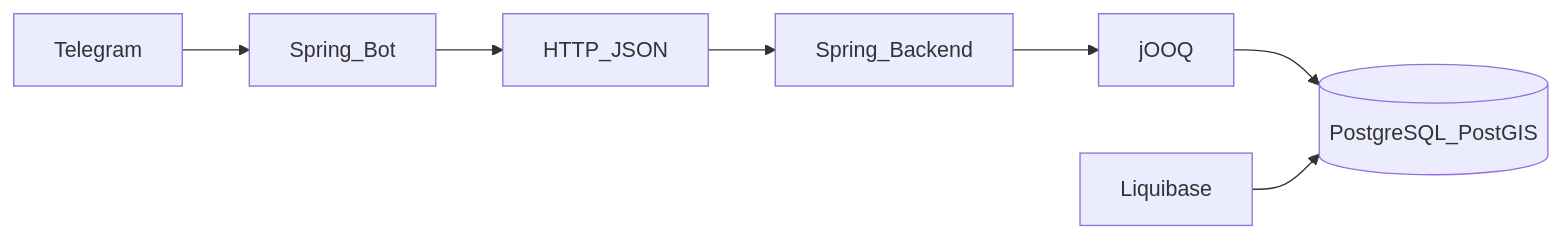
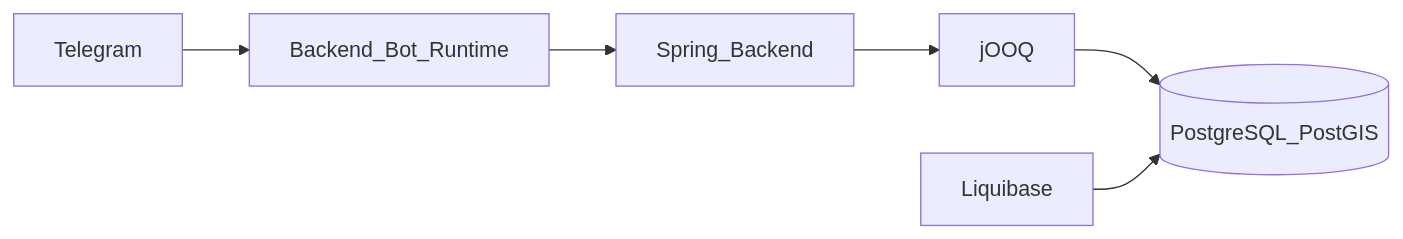
The diagram in docs/architecture/TECHNICAL_OVERVIEW.md (yayauheny/tutochka-backend), drawn with Mermaid before and after one commit. The commit also changed other lines of this file and 112 other files, not shown here.

````diff
--- a/docs/architecture/TECHNICAL_OVERVIEW.md
+++ b/docs/architecture/TECHNICAL_OVERVIEW.md
@@ -233,17 +234,15 @@
 ```mermaid
 flowchart LR
   tg[Telegram]
-  bot[Spring_Bot]
-  http[HTTP_JSON]
+  bot[Backend_Bot_Runtime]
   api[Spring_Backend]
   jooq[jOOQ]
   db[(PostgreSQL_PostGIS)]
   lb[Liquibase]
 
   tg --> bot
-  bot --> http
-  http --> api
+  bot --> api
   api --> jooq
   jooq --> db
   lb --> db
 ```
````
